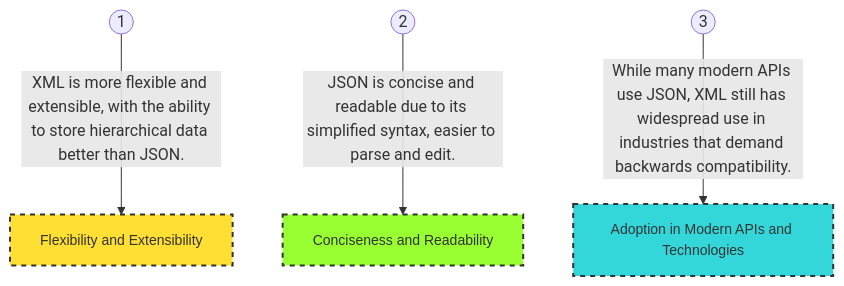
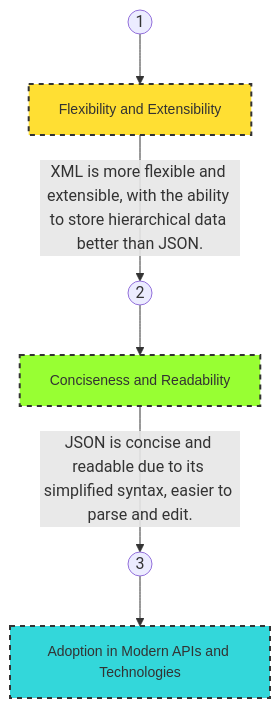
The second of 2 diagrams in index.adoc (superelectronic/ppt2), drawn with Mermaid before and after one commit.

Commit message:
added content

```diff
--- a/index.adoc
+++ b/index.adoc
@@ -997,15 +997,17 @@
 [mermaid,target=user-journey,format=svg,theme=forest,.stretch]
 ----
 graph TD
     style StartBox fill:#FFD700,stroke:#333,stroke-width:2px,fill-opacity:0.8,stroke-dasharray: 5, 5, corner-radius: 10px, font-size: 14px, font-family: 'Arial'
     style MiddleBox fill:#7FFF00,stroke:#333,stroke-width:2px,fill-opacity:0.8,stroke-dasharray: 5, 5, corner-radius: 10px, font-size: 14px, font-family: 'Arial'
     style EndBox fill:#00CED1,stroke:#333,stroke-width:2px,fill-opacity:0.8,stroke-dasharray: 5, 5, corner-radius: 10px, font-size: 14px, font-family: 'Arial'
     
-    StartIcon1((1)):::icon
-    StartIcon2((2)):::icon
-    StartIcon3((3)):::icon
+    StartIcon1((1)):::IconFill
+    StartIcon2((2)):::IconFill
+    StartIcon3((3)):::IconFill
 
-    StartIcon1 -->|XML is more flexible and extensible, with the ability to store hierarchical data better than JSON.| StartBox[Flexibility and Extensibility]
-    StartIcon2 -->|JSON is concise and readable due to its simplified syntax, easier to parse and edit.| MiddleBox[Conciseness and Readability]
-    StartIcon3 -->|While many modern APIs use JSON, XML still has widespread use in industries that demand backwards compatibility.| EndBox[Adoption in Modern APIs and Technologies]
+    StartIcon1 --> StartBox[Flexibility and Extensibility]
+    StartIcon2 --> MiddleBox[Conciseness and Readability]
+    StartIcon3 --> EndBox[Adoption in Modern APIs and Technologies]
+    StartBox -->|XML is more flexible and extensible, with the ability to store hierarchical data better than JSON.| StartIcon2
+    MiddleBox -->|JSON is concise and readable due to its simplified syntax, easier to parse and edit.| StartIcon3
 ----
```
